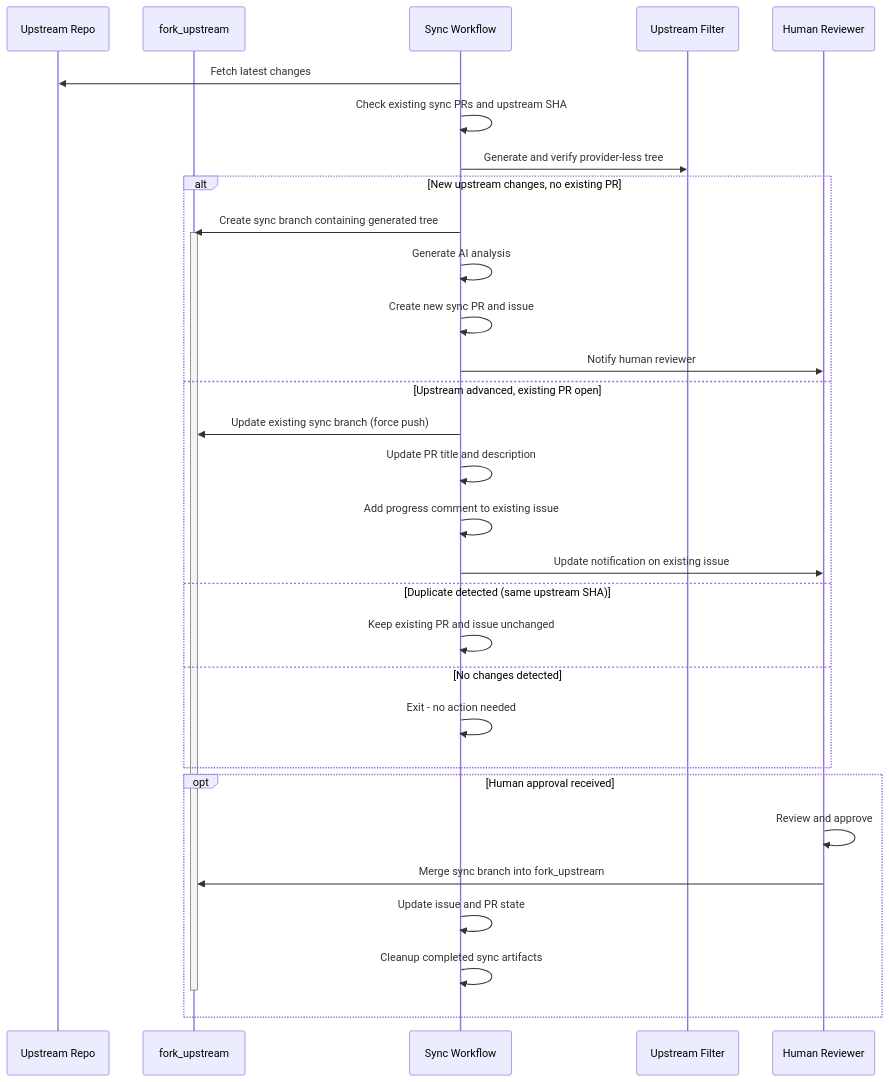
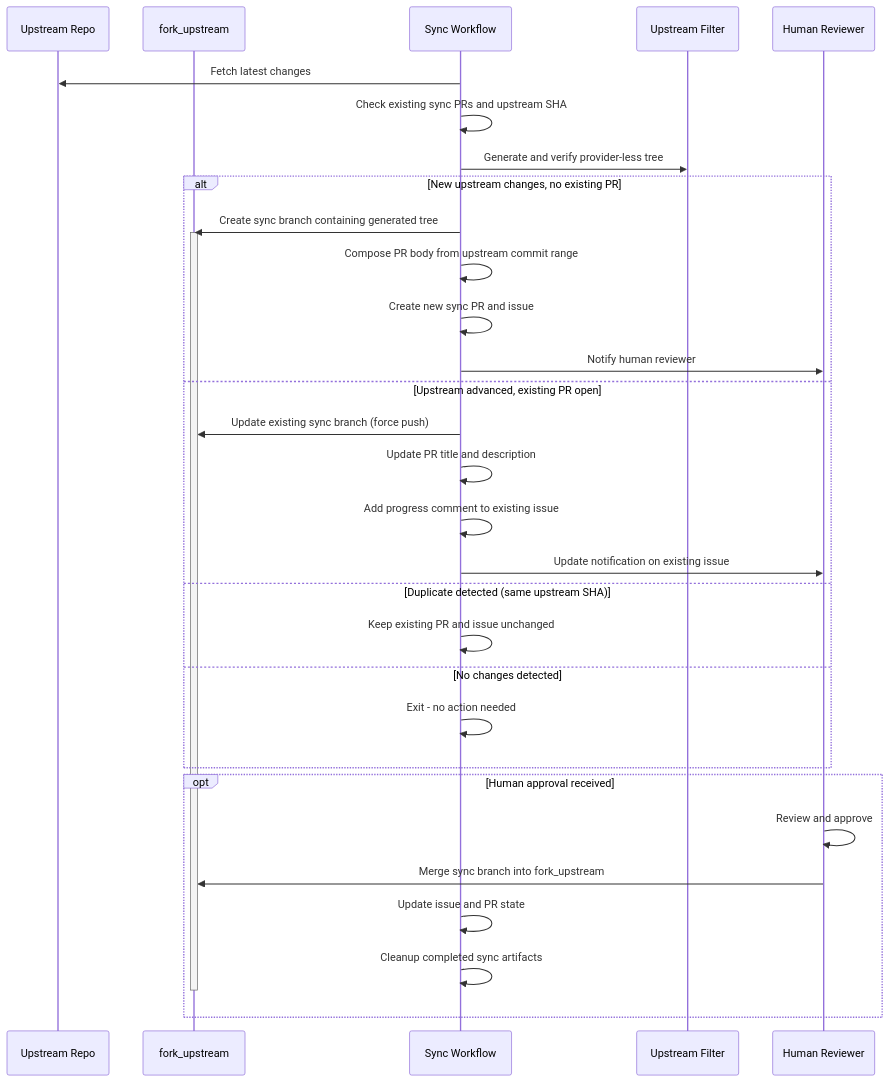
The second of 4 diagrams in doc/src/architecture/three_branch_strategy.md (Azure/osdu-spi), drawn with Mermaid before and after one commit. The commit also changed other lines of this file and 24 other files, not shown here.

````diff
--- a/doc/src/architecture/three_branch_strategy.md
+++ b/doc/src/architecture/three_branch_strategy.md
@@ -76,37 +75,37 @@
 ```mermaid
 sequenceDiagram
     participant U as Upstream Repo
     participant FU as fork_upstream
     participant S as Sync Workflow
     participant F as Upstream Filter
     participant H as Human Reviewer
     
     S->>U: Fetch latest changes
     S->>S: Check existing sync PRs and upstream SHA
     S->>F: Generate and verify provider-less tree
     
     alt New upstream changes, no existing PR
         S->>FU: Create sync branch containing generated tree
         activate FU
-        S->>S: Generate AI analysis
+        S->>S: Compose PR body from upstream commit range
         S->>S: Create new sync PR and issue
         S->>H: Notify human reviewer
     else Upstream advanced, existing PR open
         S->>FU: Update existing sync branch (force push)
         S->>S: Update PR title and description
         S->>S: Add progress comment to existing issue
         S->>H: Update notification on existing issue
     else Duplicate detected (same upstream SHA)
         S->>S: Keep existing PR and issue unchanged
     else No changes detected
         S->>S: Exit - no action needed
     end
     
     opt Human approval received
         H->>H: Review and approve
         H->>FU: Merge sync branch into fork_upstream
         S->>S: Update issue and PR state
         S->>S: Cleanup completed sync artifacts
         deactivate FU
     end
 ```
````
